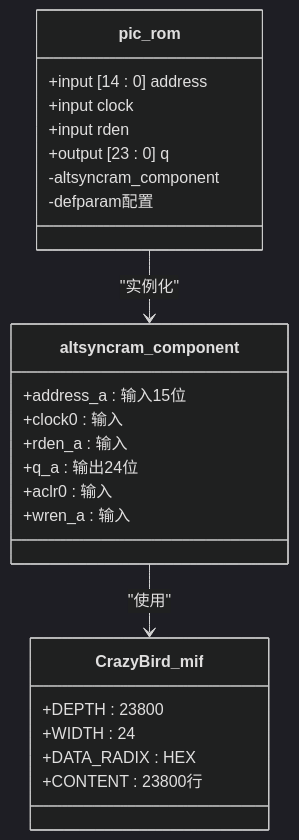
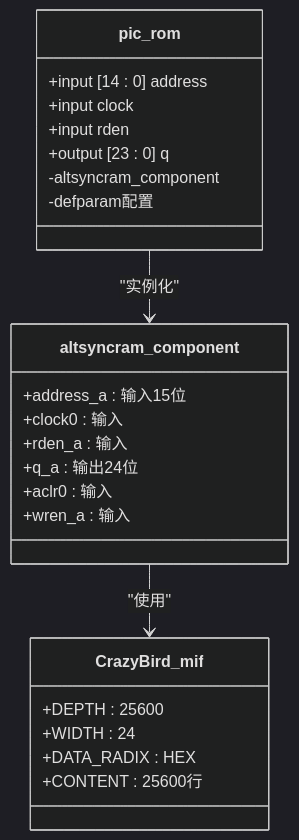
One commit to soupherexd/LCD_ROM_PIC changed the third of 8 diagrams in .qoder/repowiki/zh/content/系统架构/存储系统.md. Above: the diagram before and after it, drawn with Mermaid (dark theme). The commit also changed other lines of this file and 5 other files, not shown here.

````diff
--- a/.qoder/repowiki/zh/content/系统架构/存储系统.md
+++ b/.qoder/repowiki/zh/content/系统架构/存储系统.md
@@ -161,27 +171,27 @@
 ```mermaid
 classDiagram
 class pic_rom {
 +input [14 : 0] address
 +input clock
 +input rden
 +output [23 : 0] q
 -altsyncram_component
 -defparam配置
 }
 class altsyncram_component {
 +address_a : 输入15位
 +clock0 : 输入
 +rden_a : 输入
 +q_a : 输出24位
 +aclr0 : 输入
 +wren_a : 输入
 }
 class CrazyBird_mif {
-+DEPTH : 23800
++DEPTH : 25600
 +WIDTH : 24
 +DATA_RADIX : HEX
-+CONTENT : 23800行
++CONTENT : 25600行
 }
 pic_rom --> altsyncram_component : "实例化"
 altsyncram_component --> CrazyBird_mif : "使用"
 ```
````
